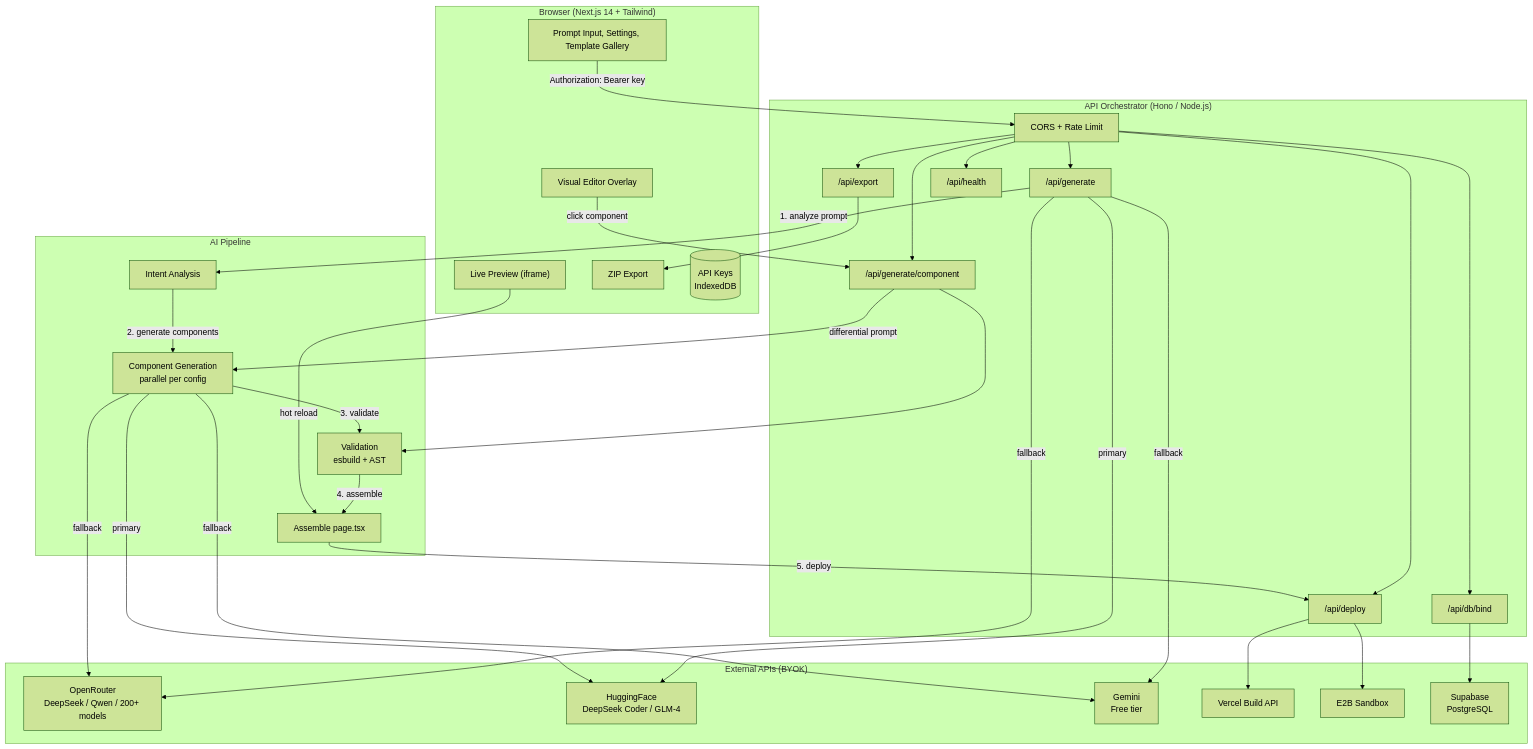
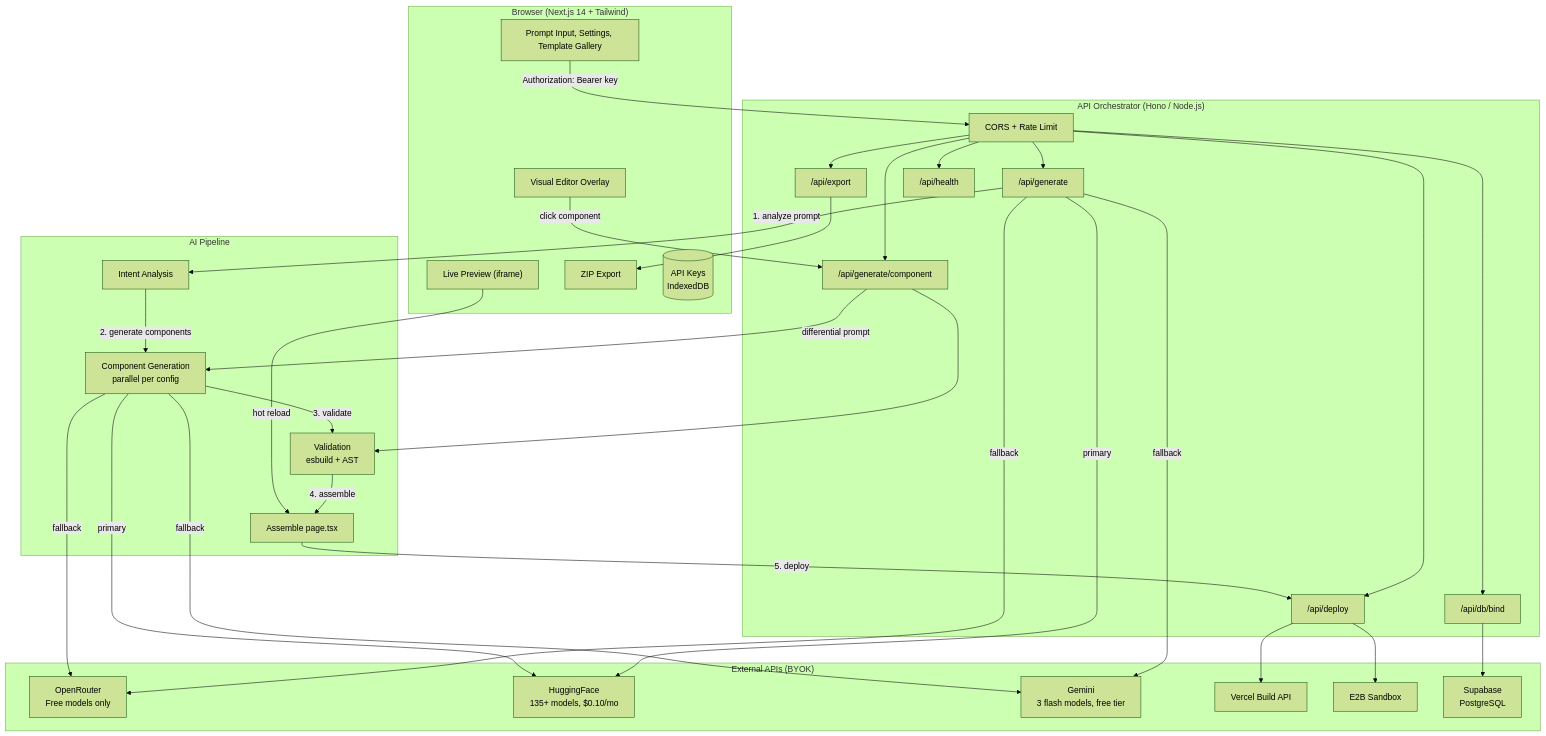
One commit to ezpectus/forgeai changed the diagram in README.md. Above: the diagram before and after it, drawn with Mermaid (forest theme). The commit also changed other lines of this file and 41 other files, not shown here.

````diff
--- a/README.md
+++ b/README.md
@@ -131,67 +131,67 @@
 ```mermaid
 flowchart TB
     subgraph Browser["Browser (Next.js 14 + Tailwind)"]
         UI["Prompt Input, Settings, Template Gallery"]
         Preview["Live Preview (iframe)"]
         Editor["Visual Editor Overlay"]
         Export["ZIP Export"]
         Keys[("API Keys<br/>IndexedDB")]
     end
 
     subgraph Orchestrator["API Orchestrator (Hono / Node.js)"]
         CORS["CORS + Rate Limit"]
         GenAPI["/api/generate"]
         CompAPI["/api/generate/component"]
         DeployAPI["/api/deploy"]
         ExportAPI["/api/export"]
         DbAPI["/api/db/bind"]
         HealthAPI["/api/health"]
     end
 
     subgraph AIPipeline["AI Pipeline"]
         Intent["Intent Analysis"]
         ComponentGen["Component Generation<br/>parallel per config"]
         Validate["Validation<br/>esbuild + AST"]
         Assemble["Assemble page.tsx"]
     end
 
     subgraph Providers["External APIs (BYOK)"]
-        OpenRouter["OpenRouter<br/>DeepSeek / Qwen / 200+ models"]
-        HuggingFace["HuggingFace<br/>DeepSeek Coder / GLM-4"]
-        Gemini["Gemini<br/>Free tier"]
+        OpenRouter["OpenRouter<br/>Free models only"]
+        HuggingFace["HuggingFace<br/>135+ models, $0.10/mo"]
+        Gemini["Gemini<br/>3 flash models, free tier"]
         Vercel["Vercel Build API"]
         E2B["E2B Sandbox"]
         Supabase["Supabase<br/>PostgreSQL"]
     end
 
     UI -->|Authorization: Bearer key| CORS
     CORS --> GenAPI
     CORS --> CompAPI
     CORS --> DeployAPI
     CORS --> ExportAPI
     CORS --> DbAPI
     CORS --> HealthAPI
 
     GenAPI -->|1. analyze prompt| Intent
     Intent -->|2. generate components| ComponentGen
     ComponentGen -->|3. validate| Validate
     Validate -->|4. assemble| Assemble
     Assemble -->|5. deploy| DeployAPI
     DeployAPI --> Vercel
     DeployAPI --> E2B
     ExportAPI --> Export
     DbAPI --> Supabase
 
     GenAPI -->|fallback| OpenRouter
     GenAPI -->|fallback| Gemini
     GenAPI -->|primary| HuggingFace
     ComponentGen -->|fallback| OpenRouter
     ComponentGen -->|fallback| Gemini
     ComponentGen -->|primary| HuggingFace
 
     CompAPI -->|differential prompt| ComponentGen
     CompAPI --> Validate
 
     Preview -->|hot reload| Assemble
     Editor -->|click component| CompAPI
 ```
````
